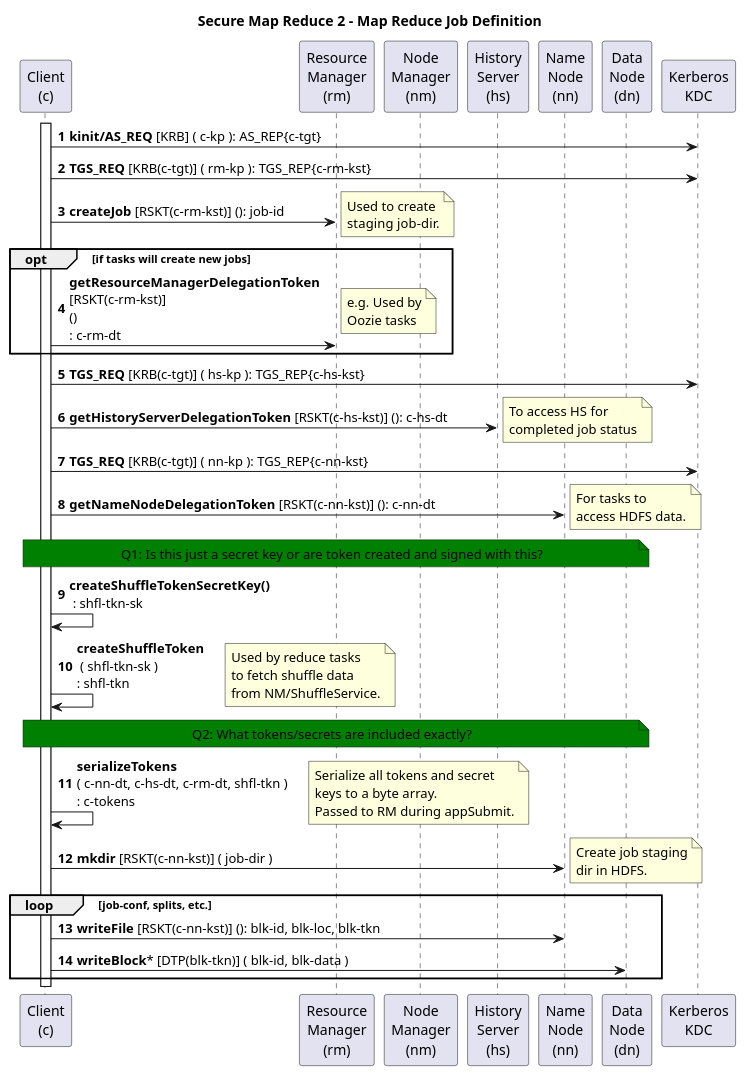
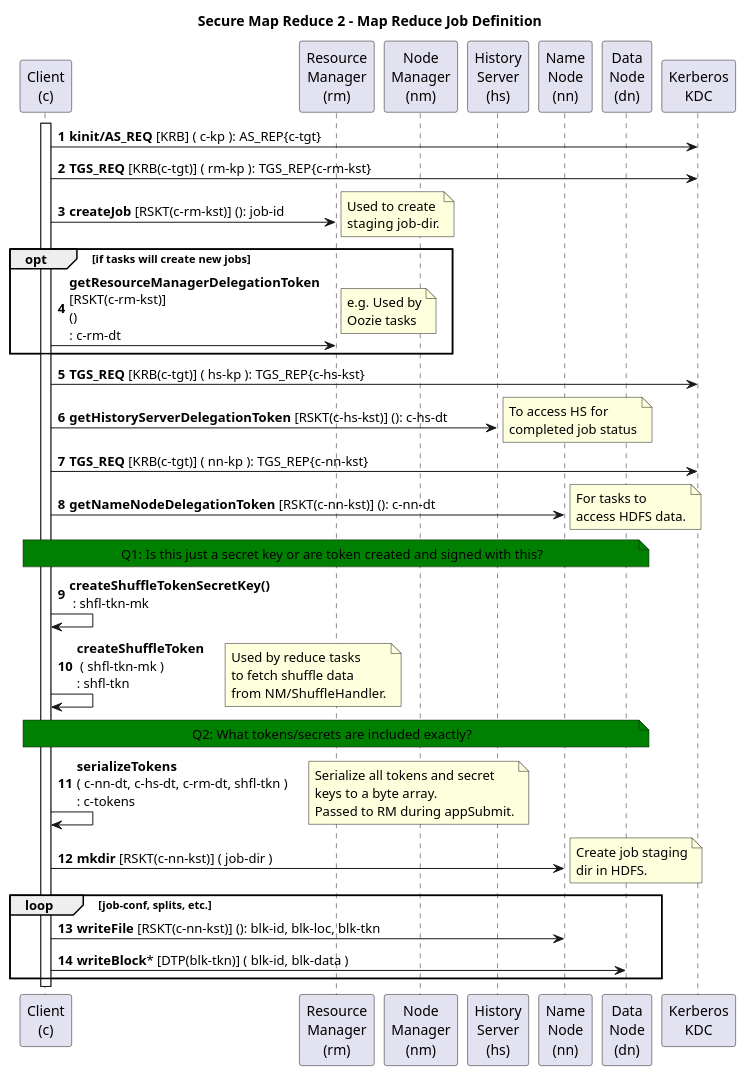
One commit to kminder/puml changed the diagram in hadoop/src/mr2/secure-mapreduce2-02-job-definition.puml. Above: the diagram before and after it, drawn with PlantUML. The commit also changed 37 other files, not shown here.

```diff
--- a/hadoop/src/mr2/secure-mapreduce2-02-job-definition.puml
+++ b/hadoop/src/mr2/secure-mapreduce2-02-job-definition.puml
@@ -1,81 +1,81 @@
 @startuml
 title Secure Map Reduce 2 - Map Reduce Job Definition
 autonumber
 'hide footbox
 
 participant "Client\n(c)" as C
 participant "Resource\nManager\n(rm)" as RM
 participant "Node\nManager\n(nm)" as NM
-'participant "Shuffle\nService\n(ss)" as SS
+'participant "Shuffle\nHandler\n(ss)" as SS
 participant "History\nServer\n(hs)" as HS
 'participant "Application\nMaster\n(am)" as AM
 'participant "Client\nService\n(cs)" as CS
 'participant "Application\nContainer\n(ac)" as AC #red
 'participant "Task\n(t)" as T #orange
 'participant "File\nSystem\n(fs)" as FS
 participant "Name\nNode\n(nn)" as NN
 participant "Data\nNode\n(dn)" as DN
 participant "Kerberos\nKDC" as KDC
 
-  'note over C,DN #green: QUESTION: ?
+'note over C,DN #green: QUESTION: ?
 
   activate C
 
 '1
 C->KDC: <b>kinit/AS_REQ</b> [KRB] ( c-kp ): AS_REP{c-tgt}
 
 '2
 C->KDC: <b>TGS_REQ</b> [KRB(c-tgt)] ( rm-kp ): TGS_REP{c-rm-kst}
 
 '3
 C->RM: <b>createJob</b> [RSKT(c-rm-kst)] (): job-id
   note right: Used to create\nstaging job-dir.
 
   opt if tasks will create new jobs
 '4
 C->RM: <b>getResourceManagerDelegationToken\n[RSKT(c-rm-kst)]\n()\n: c-rm-dt
   note right: e.g. Used by\nOozie tasks
   end opt
 
 '5
 C->KDC: <b>TGS_REQ</b> [KRB(c-tgt)] ( hs-kp ): TGS_REP{c-hs-kst}
 
 '6
 C->HS: <b>getHistoryServerDelegationToken</b> [RSKT(c-hs-kst)] (): c-hs-dt
   note right: To access HS for\ncompleted job status
 
 '7
 C->KDC: <b>TGS_REQ</b> [KRB(c-tgt)] ( nn-kp ): TGS_REP{c-nn-kst}
 
 '8
 C->NN: <b>getNameNodeDelegationToken</b> [RSKT(c-nn-kst)] (): c-nn-dt
   note right: For tasks to\naccess HDFS data.
 
 note over C,DN #green: Q1: Is this just a secret key or are token created and signed with this?
 
 '9
-C->C: <b>createShuffleTokenSecretKey()\n : shfl-tkn-sk
+C->C: <b>createShuffleTokenSecretKey()\n : shfl-tkn-mk
 
 '10
-C->C: <b>createShuffleToken\n ( shfl-tkn-sk ) \n: shfl-tkn
-  note right: Used by reduce tasks\nto fetch shuffle data\nfrom NM/ShuffleService.
+C->C: <b>createShuffleToken\n ( shfl-tkn-mk ) \n: shfl-tkn
+  note right: Used by reduce tasks\nto fetch shuffle data\nfrom NM/ShuffleHandler.
 
 note over C,DN #green: Q2: What tokens/secrets are included exactly?
 
 '11
 C->C: <b>serializeTokens\n( c-nn-dt, c-hs-dt, c-rm-dt, shfl-tkn )\n: c-tokens
   note right: Serialize all tokens and secret\nkeys to a byte array.\nPassed to RM during appSubmit.
 
 '12
 C->NN: <b>mkdir</b> [RSKT(c-nn-kst)] ( job-dir )
   note right: Create job staging\ndir in HDFS.
 
   loop job-conf, splits, etc.
 '13
 C->NN: <b>writeFile</b> [RSKT(c-nn-kst)] (): blk-id, blk-loc, blk-tkn
 
 '14
 C->DN: <b>writeBlock</b>* [DTP(blk-tkn)] ( blk-id, blk-data )
   end loop
 
 @enduml
```
